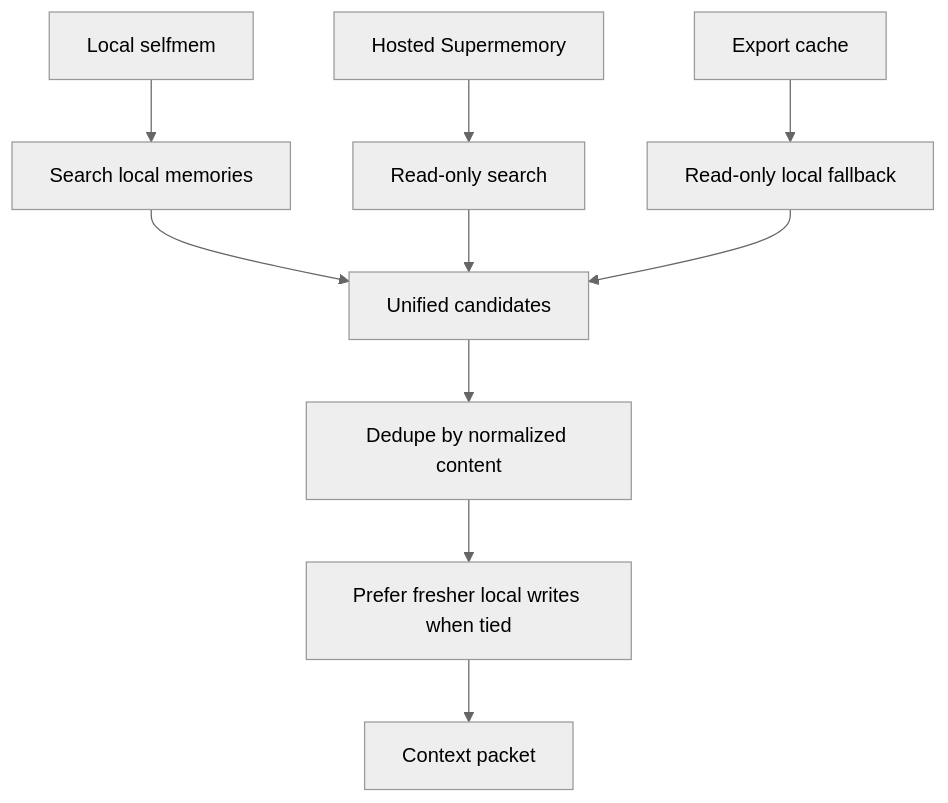
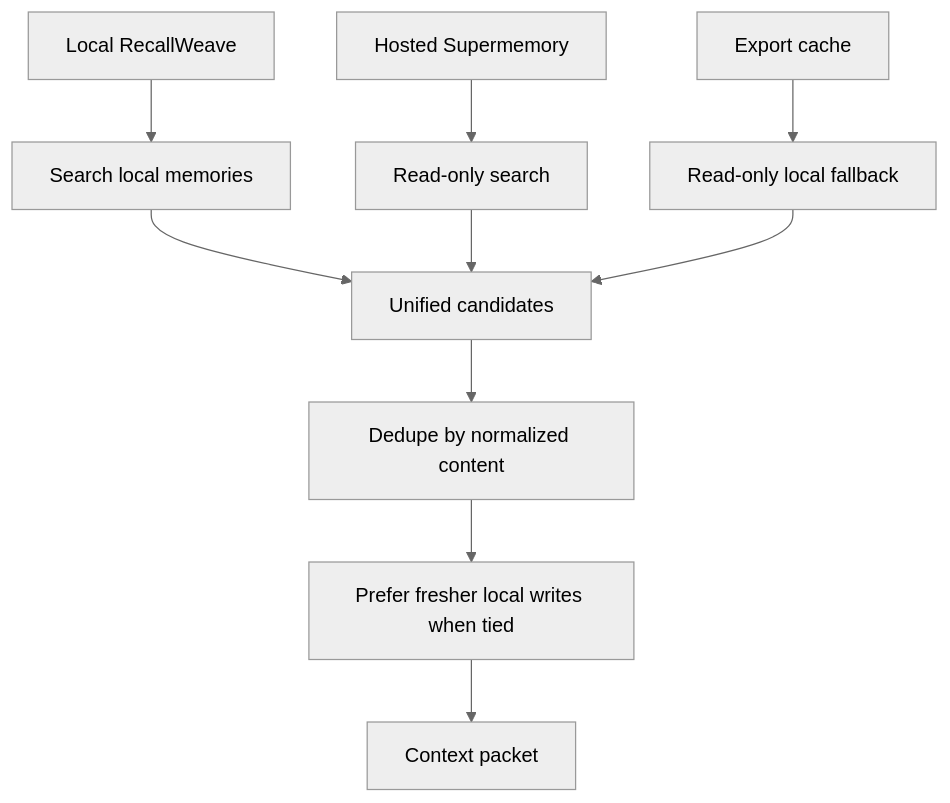
One commit to radbroradbro/selfmem-agent-memory changed the fourth of 4 diagrams in docs/FLOWS.md. Above: the diagram before and after it, drawn with Mermaid (neutral theme). The commit also changed other lines of this file and 82 other files, not shown here.

Commit message:
feat: prepare RecallWeave public alpha

````diff
--- a/docs/FLOWS.md
+++ b/docs/FLOWS.md
@@ -51,12 +51,12 @@
 ```mermaid
 flowchart TD
-  A["Local selfmem"] --> B["Search local memories"]
+  A["Local RecallWeave"] --> B["Search local memories"]
   C["Hosted Supermemory"] --> D["Read-only search"]
   E["Export cache"] --> F["Read-only local fallback"]
   B --> G["Unified candidates"]
   D --> G
   F --> G
   G --> H["Dedupe by normalized content"]
   H --> I["Prefer fresher local writes when tied"]
   I --> J["Context packet"]
 ```
````
